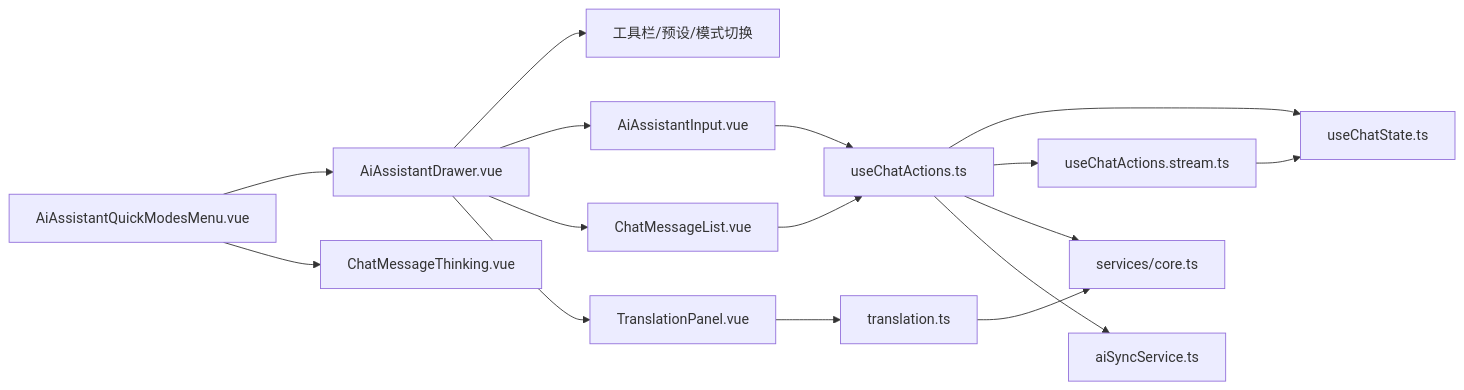
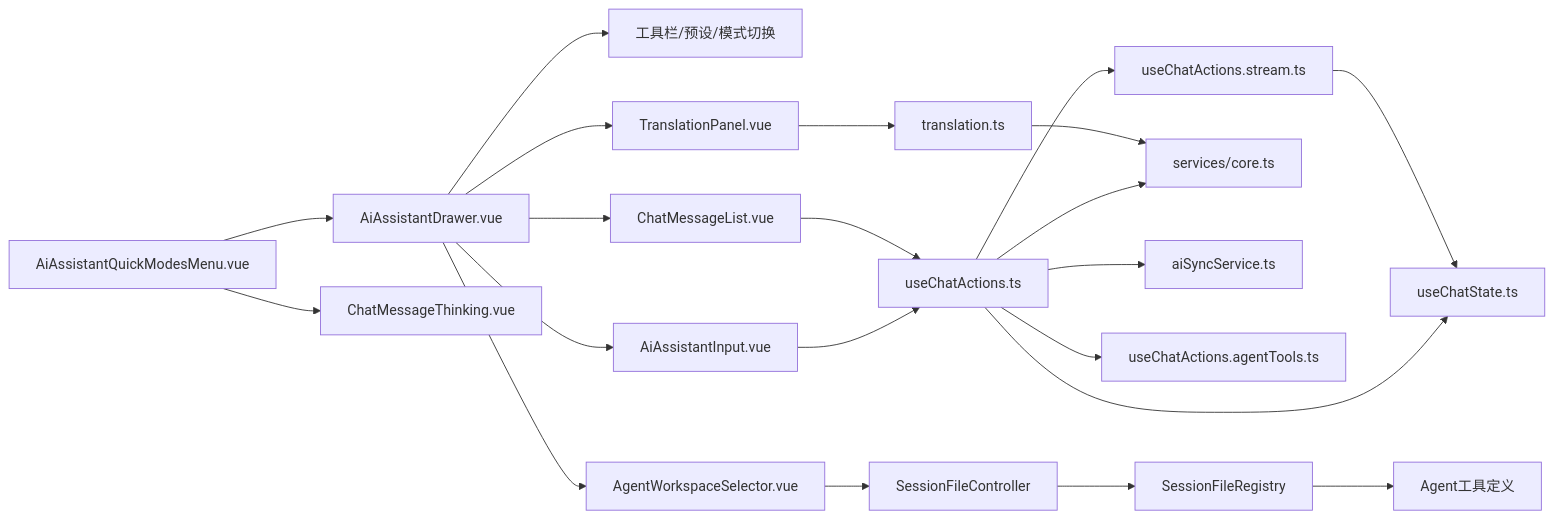
One commit to xixixiaoyu/Todo changed diagram 15 of 20 in .qoder/repowiki/zh/content/核心模块/AI助手系统/AI助手系统.md. Above: the diagram before and after it, drawn with Mermaid. The commit also changed other lines of this file and 6 other files, not shown here.

````diff
--- a/.qoder/repowiki/zh/content/核心模块/AI助手系统/AI助手系统.md
+++ b/.qoder/repowiki/zh/content/核心模块/AI助手系统/AI助手系统.md
@@ -878,18 +1010,23 @@
 ```mermaid
 graph LR
 QuickModes["AiAssistantQuickModesMenu.vue"] --> Drawer["AiAssistantDrawer.vue"]
 Drawer --> Toolbar["工具栏/预设/模式切换"]
 Drawer --> Input["AiAssistantInput.vue"]
 Drawer --> List["ChatMessageList.vue"]
 Drawer --> Translation["TranslationPanel.vue"]
+Drawer --> Workspace["AgentWorkspaceSelector.vue"]
 QuickModes --> Thinking["ChatMessageThinking.vue"]
 Input --> Actions["useChatActions.ts"]
 List --> Actions
 Translation --> TranslationSvc["translation.ts"]
 Actions --> State["useChatState.ts"]
 Actions --> Stream["useChatActions.stream.ts"]
 Actions --> Core["services/core.ts"]
 Actions --> Sync["aiSyncService.ts"]
+Actions --> AgentTools["useChatActions.agentTools.ts"]
 TranslationSvc --> Core
 Stream --> State
+Workspace --> WorkspaceCtrl["SessionFileController"]
+WorkspaceCtrl --> WorkspaceReg["SessionFileRegistry"]
+WorkspaceReg --> AgentToolsDef["Agent工具定义"]
 ```
````
